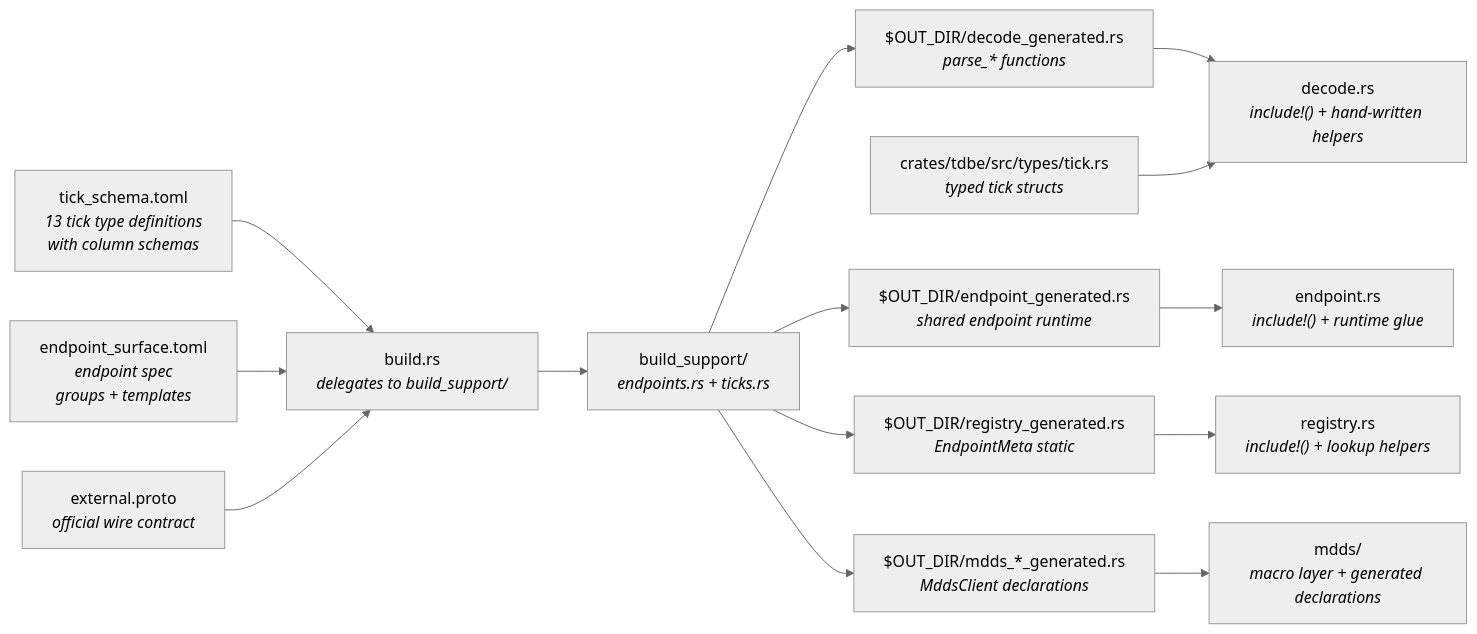
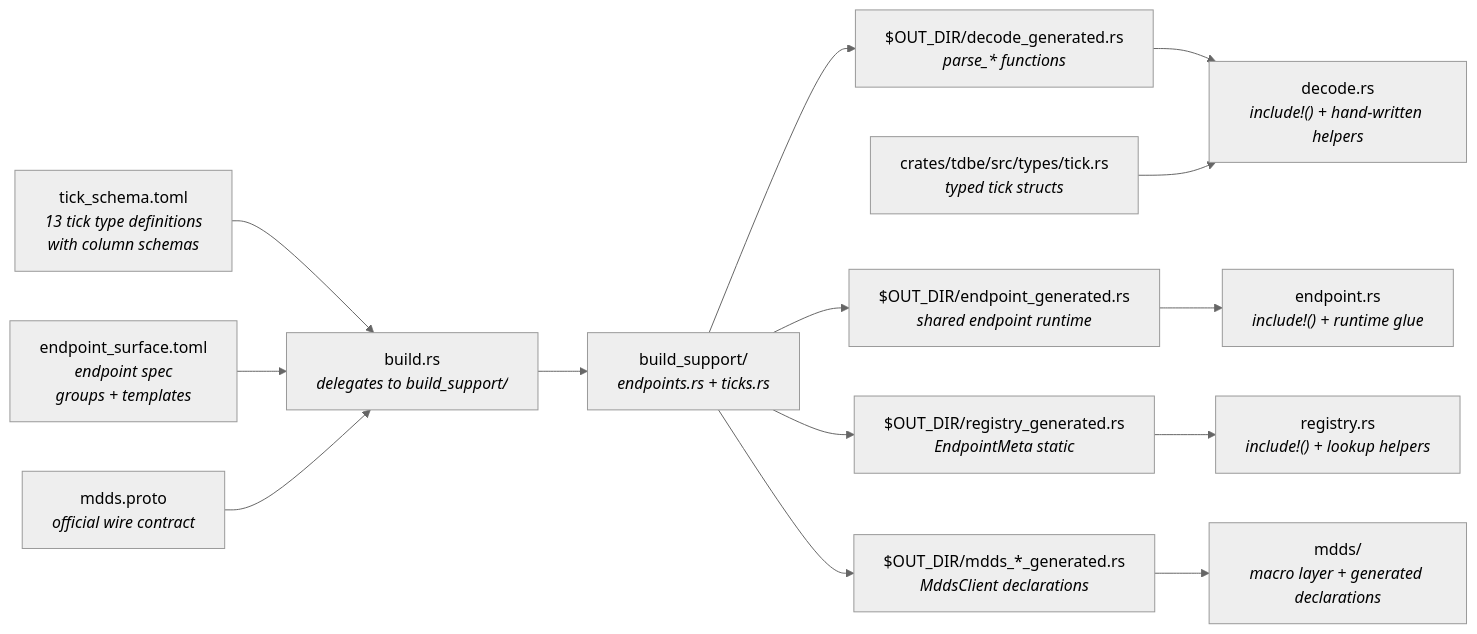
The sixth of 15 diagrams in docs/architecture.md (userFRM/ThetaDataDx), drawn with Mermaid (neutral theme) before and after one commit. The commit also changed other lines of this file and 16 other files, not shown here.

First line of the commit message:
refactor: rename external.proto -> mdds.proto (+ naming audit) (#385)

````diff
--- a/docs/architecture.md
+++ b/docs/architecture.md
@@ -161,31 +161,31 @@
 ```mermaid
 flowchart LR
     TOML["tick_schema.toml<br/><i>13 tick type definitions<br/>with column schemas</i>"]
     SURFACE["endpoint_surface.toml<br/><i>endpoint spec<br/>groups + templates</i>"]
-    PROTO["external.proto<br/><i>official wire contract</i>"]
+    PROTO["mdds.proto<br/><i>official wire contract</i>"]
     BUILD["build.rs<br/><i>delegates to build_support/</i>"]
     SUPPORT["build_support/<br/><i>endpoints.rs + ticks.rs</i>"]
     PARSERS["$OUT_DIR/decode_generated.rs<br/><i>parse_* functions</i>"]
     RUNTIME["$OUT_DIR/endpoint_generated.rs<br/><i>shared endpoint runtime</i>"]
     REGISTRY_GEN["$OUT_DIR/registry_generated.rs<br/><i>EndpointMeta static</i>"]
     DIRECT_GEN["$OUT_DIR/mdds_*_generated.rs<br/><i>MddsClient declarations</i>"]
     TICK["crates/tdbe/src/types/tick.rs<br/><i>typed tick structs</i>"]
     DECODE["decode.rs<br/><i>include!() + hand-written helpers</i>"]
     ENDPOINT["endpoint.rs<br/><i>include!() + runtime glue</i>"]
     REGISTRY["registry.rs<br/><i>include!() + lookup helpers</i>"]
     DIRECT["mdds/<br/><i>macro layer + generated declarations</i>"]
 
     TOML --> BUILD
     SURFACE --> BUILD
     PROTO --> BUILD
     BUILD --> SUPPORT
     SUPPORT --> PARSERS
     SUPPORT --> RUNTIME
     SUPPORT --> REGISTRY_GEN
     SUPPORT --> DIRECT_GEN
     PARSERS --> DECODE
     TICK --> DECODE
     RUNTIME --> ENDPOINT
     REGISTRY_GEN --> REGISTRY
     DIRECT_GEN --> DIRECT
 ```
````
